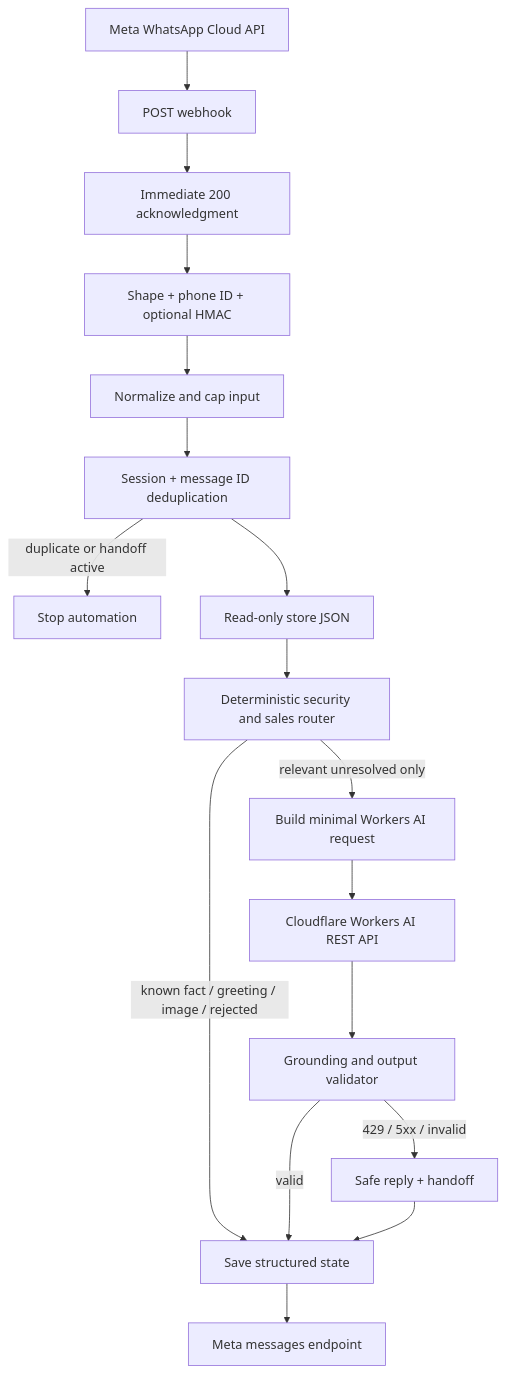
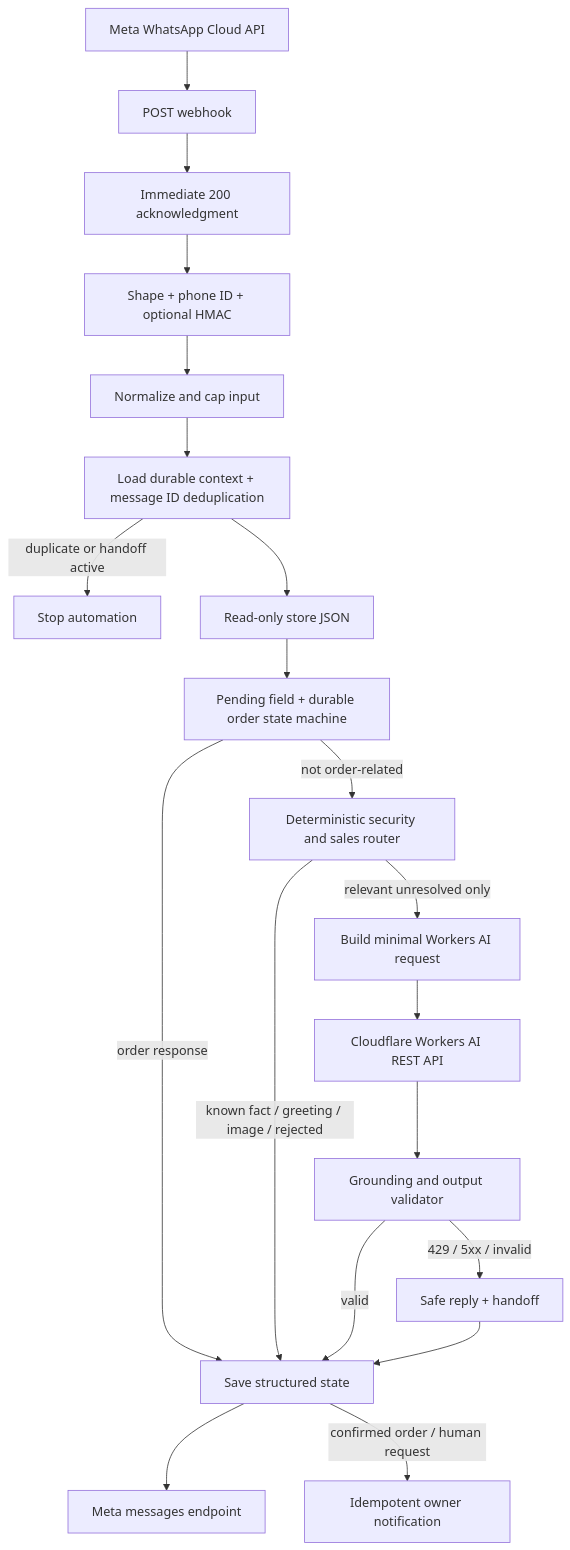
Before and after one commit to aarafat-dev/maro-bot: the diagram in docs/architecture.md, drawn with Mermaid. The commit also changed other lines of this file and 21 other files, not shown here.

Commit message:
feat: add durable WhatsApp order lifecycle

````diff
--- a/docs/architecture.md
+++ b/docs/architecture.md
@@ -5,19 +5,22 @@
 ```mermaid
 flowchart TD
     WA[Meta WhatsApp Cloud API] --> W[POST webhook]
     W --> ACK[Immediate 200 acknowledgment]
     ACK --> V[Shape + phone ID + optional HMAC]
     V --> N[Normalize and cap input]
-    N --> D[Session + message ID deduplication]
+    N --> D[Load durable context + message ID deduplication]
     D -->|duplicate or handoff active| STOP[Stop automation]
     D --> DATA[Read-only store JSON]
-    DATA --> R[Deterministic security and sales router]
+    DATA --> O[Pending field + durable order state machine]
+    O -->|not order-related| R[Deterministic security and sales router]
+    O -->|order response| SAVE
     R -->|known fact / greeting / image / rejected| SAVE[Save structured state]
     R -->|relevant unresolved only| B[Build minimal Workers AI request]
     B --> CF[Cloudflare Workers AI REST API]
     CF --> G[Grounding and output validator]
     G -->|valid| SAVE
     G -->|429 / 5xx / invalid| H[Safe reply + handoff]
     H --> SAVE
     SAVE --> SEND[Meta messages endpoint]
+    SAVE -->|confirmed order / human request| OWNER[Idempotent owner notification]
 ```
````
